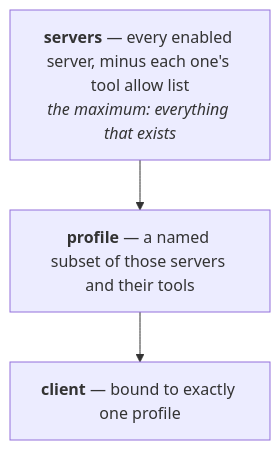
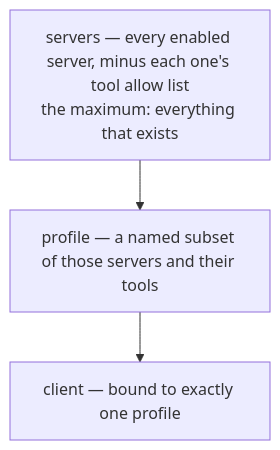
One commit to dinstein/agent-hub changed the first of 3 diagrams in docs/model.md. Above: the diagram before and after it, drawn with Mermaid. The commit also changed other lines of this file and 6 other files, not shown here.

````diff
--- a/docs/model.md
+++ b/docs/model.md
@@ -12,7 +12,7 @@
 ```mermaid
 flowchart TD
-    S["<b>servers</b> — every enabled server, minus each one's tool allow list<br/><i>the maximum: everything that exists</i>"]
-    P["<b>profile</b> — a named subset of those servers and their tools"]
-    C["<b>client</b> — bound to exactly one profile"]
+    S["servers — every enabled server, minus each one's tool allow list<br/>the maximum: everything that exists"]
+    P["profile — a named subset of those servers and their tools"]
+    C["client — bound to exactly one profile"]
     S --> P --> C
 ```
````
